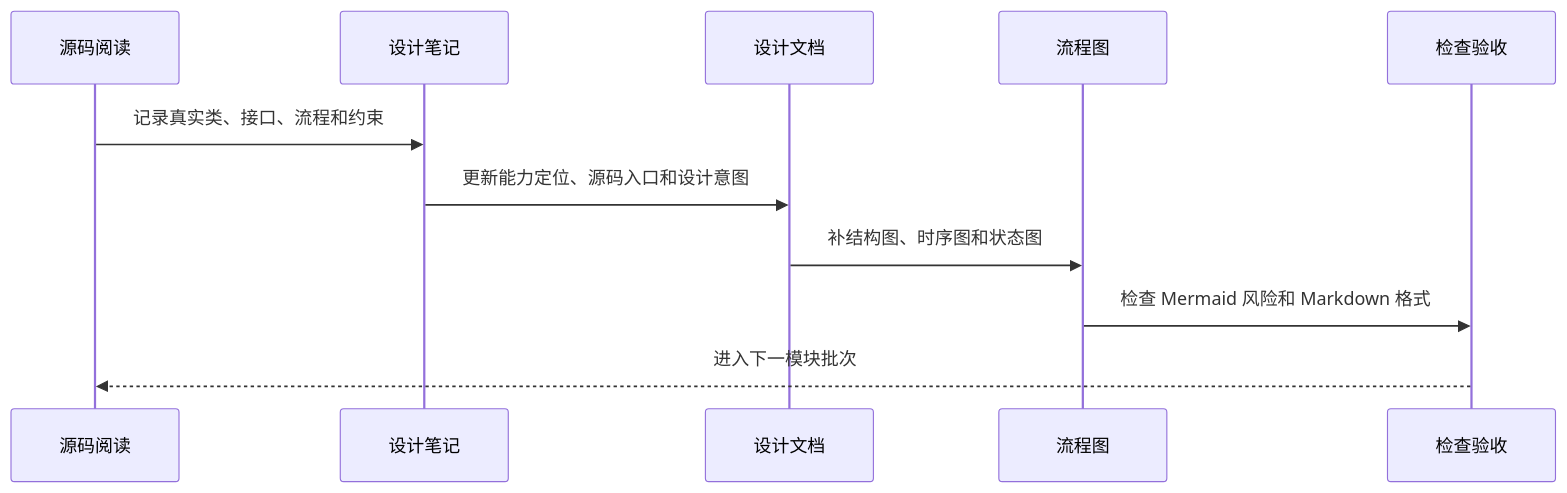
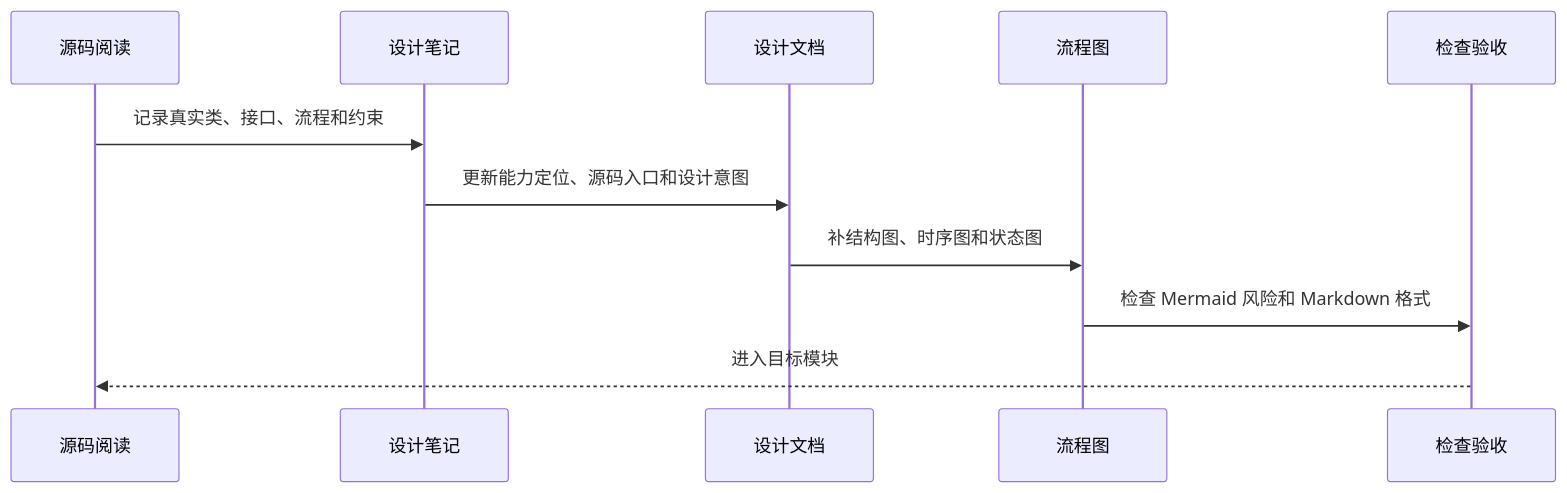
The sixth of 7 diagrams in Docs/design/11-DocumentationCompletionPlan.md (Kurumioi/AbilityKit), drawn with Mermaid before and after one commit. The commit also changed other lines of this file and 112 other files, not shown here.

````diff
--- a/Docs/design/11-DocumentationCompletionPlan.md
+++ b/Docs/design/11-DocumentationCompletionPlan.md
@@ -336,14 +336,14 @@
 ```mermaid
 sequenceDiagram
     participant Reader as 源码阅读
     participant Notes as 设计笔记
     participant Docs as 设计文档
     participant Diagrams as 流程图
     participant Check as 检查验收
 
     Reader->>Notes: 记录真实类、接口、流程和约束
     Notes->>Docs: 更新能力定位、源码入口和设计意图
     Docs->>Diagrams: 补结构图、时序图和状态图
     Diagrams->>Check: 检查 Mermaid 风险和 Markdown 格式
-    Check-->>Reader: 进入下一模块批次
+    Check-->>Reader: 进入目标模块
 ```
````
